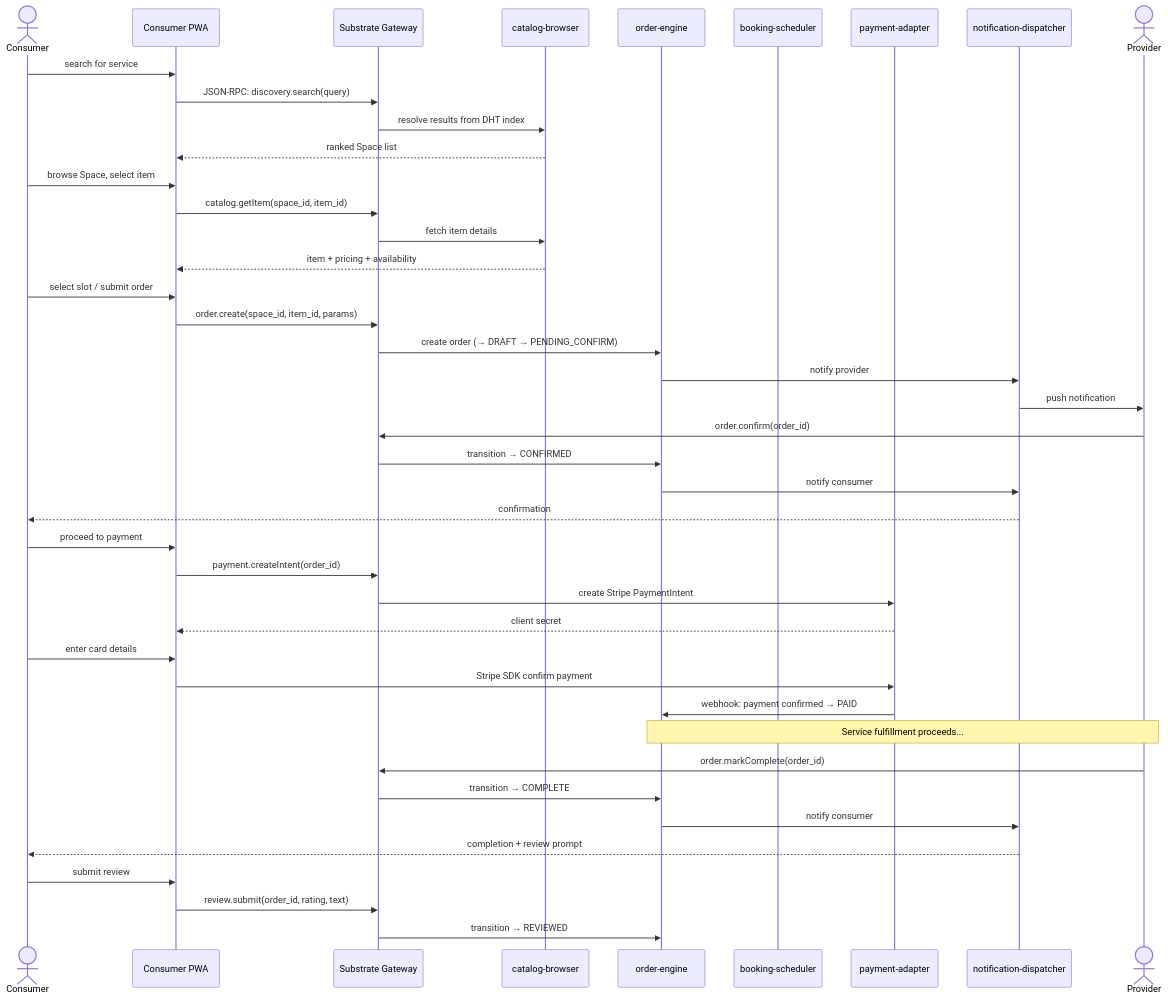
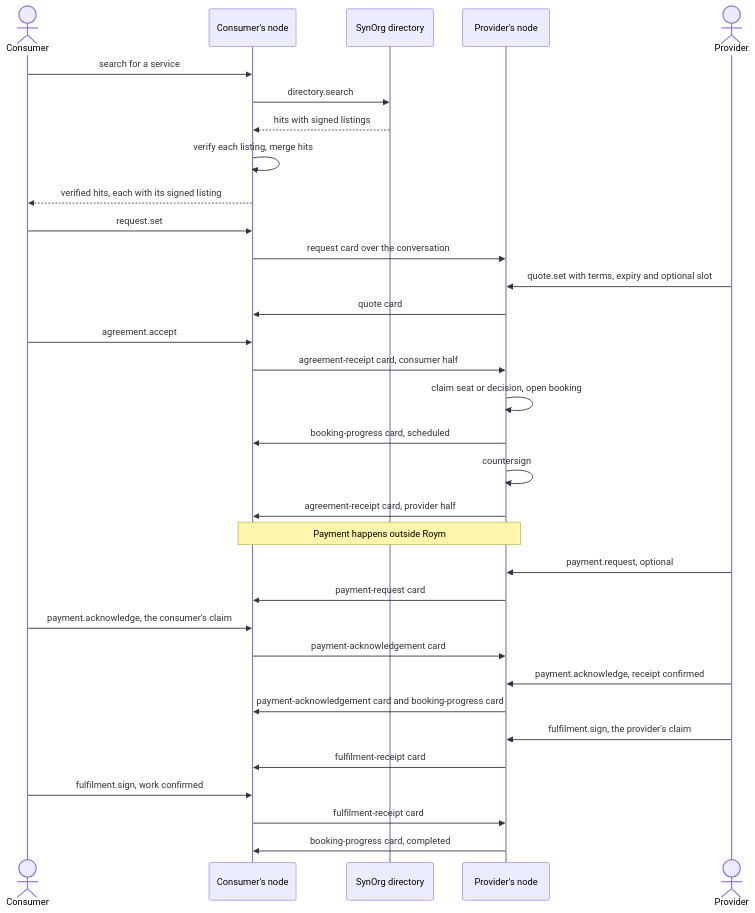
Diagram 18 of 23 in docs/system-architecture.md (syneroym/syneroym), drawn with Mermaid before and after one commit. The commit also changed other lines of this file and 15 other files, not shown here.

First line of the commit message:
docs(architecture): apply audit fixes (#293)

````diff
--- a/docs/system-architecture.md
+++ b/docs/system-architecture.md
@@ -849,52 +1208,39 @@
 ```mermaid
 sequenceDiagram
     actor Consumer
-    participant PWA as Consumer PWA
-    participant GW as Substrate Gateway
-    participant CB as catalog-browser
-    participant OE as order-engine
-    participant BS as booking-scheduler
-    participant PA as payment-adapter
-    participant ND as notification-dispatcher
+    participant CN as Consumer's node
+    participant DIR as SynOrg directory
+    participant PN as Provider's node
     actor Provider
 
-    Consumer->>PWA: search for service
-    PWA->>GW: JSON-RPC: discovery.search(query)
-    GW->>CB: resolve results from DHT index
-    CB-->>PWA: ranked Space list
+    Consumer->>CN: search for a service
+    CN->>DIR: directory.search
+    DIR-->>CN: hits with signed listings
+    CN->>CN: verify each listing, merge hits
+    CN-->>Consumer: verified hits, each with its signed listing
 
-    Consumer->>PWA: browse Space, select item
-    PWA->>GW: catalog.getItem(space_id, item_id)
-    GW->>CB: fetch item details
-    CB-->>PWA: item + pricing + availability
+    Consumer->>CN: request.set
+    CN->>PN: request card over the conversation
+    Provider->>PN: quote.set with terms, expiry and optional slot
+    PN->>CN: quote card
+    Consumer->>CN: agreement.accept
+    CN->>PN: agreement-receipt card, consumer half
+    PN->>PN: claim seat or decision, open booking
+    PN->>CN: booking-progress card, scheduled
+    PN->>PN: countersign
+    PN->>CN: agreement-receipt card, provider half
 
-    Consumer->>PWA: select slot / submit order
-    PWA->>GW: order.create(space_id, item_id, params)
-    GW->>OE: create order (→ DRAFT → PENDING_CONFIRM)
-    OE->>ND: notify provider
-    ND->>Provider: push notification
+    Note over CN,PN: Payment happens outside Roym
+    Provider->>PN: payment.request, optional
+    PN->>CN: payment-request card
+    Consumer->>CN: payment.acknowledge, the consumer's claim
+    CN->>PN: payment-acknowledgement card
+    Provider->>PN: payment.acknowledge, receipt confirmed
+    PN->>CN: payment-acknowledgement card and booking-progress card
 
-    Provider->>GW: order.confirm(order_id)
-    GW->>OE: transition → CONFIRMED
-    OE->>ND: notify consumer
-    ND-->>Consumer: confirmation
-
-    Consumer->>PWA: proceed to payment
-    PWA->>GW: payment.createIntent(order_id)
-    GW->>PA: create Stripe PaymentIntent
-    PA-->>PWA: client secret
-    Consumer->>PWA: enter card details
-    PWA->>PA: Stripe SDK confirm payment
-    PA->>OE: webhook: payment confirmed → PAID
-
-    Note over OE,Provider: Service fulfillment proceeds...
-
-    Provider->>GW: order.markComplete(order_id)
-    GW->>OE: transition → COMPLETE
-    OE->>ND: notify consumer
-    ND-->>Consumer: completion + review prompt
-
-    Consumer->>PWA: submit review
-    PWA->>GW: review.submit(order_id, rating, text)
-    GW->>OE: transition → REVIEWED
+    Provider->>PN: fulfilment.sign, the provider's claim
+    PN->>CN: fulfilment-receipt card
+    Consumer->>CN: fulfilment.sign, work confirmed
+    CN->>PN: fulfilment-receipt card
+    PN->>CN: booking-progress card, completed
 ```
````
